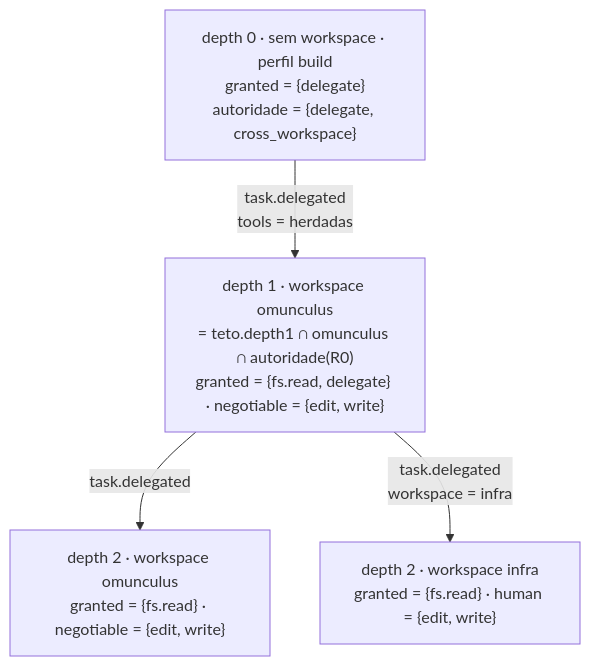
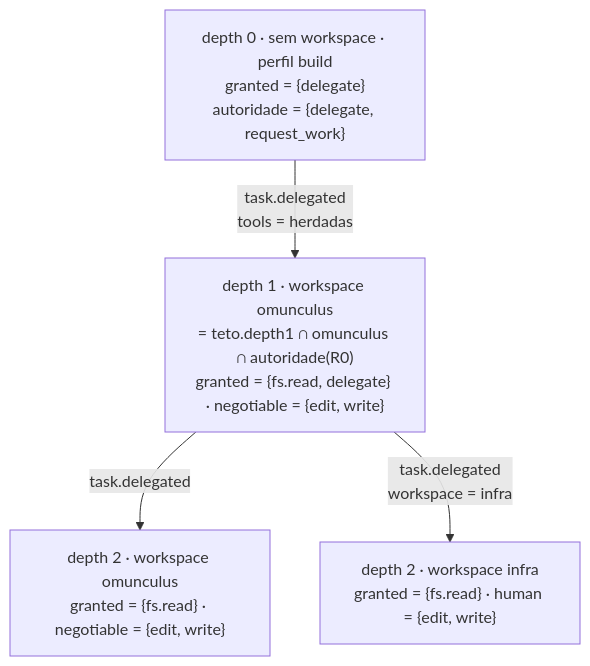
Before and after one commit to This-Is-NPC/omunculus: the fourth of 5 diagrams in docs/to-be/tool-policy.md, drawn with Mermaid. The commit also changed other lines of this file and 7 other files, not shown here.

````diff
--- a/docs/to-be/tool-policy.md
+++ b/docs/to-be/tool-policy.md
@@ -314,10 +316,10 @@
 ```mermaid
 graph TD
-    R0["depth 0 · sem workspace · perfil build<br/>granted = {delegate}<br/>autoridade = {delegate, cross_workspace}"]
+    R0["depth 0 · sem workspace · perfil build<br/>granted = {delegate}<br/>autoridade = {delegate, request_work}"]
     R1["depth 1 · workspace omunculus<br/>= teto.depth1 ∩ omunculus ∩ autoridade(R0)<br/>granted = {fs.read, delegate} · negotiable = {edit, write}"]
     R2a["depth 2 · workspace omunculus<br/>granted = {fs.read} · negotiable = {edit, write}"]
     R2b["depth 2 · workspace infra<br/>granted = {fs.read} · human = {edit, write}"]
     R0 -->|task.delegated<br/>tools = herdadas| R1
     R1 -->|task.delegated| R2a
     R1 -->|task.delegated<br/>workspace = infra| R2b
 ```
````
